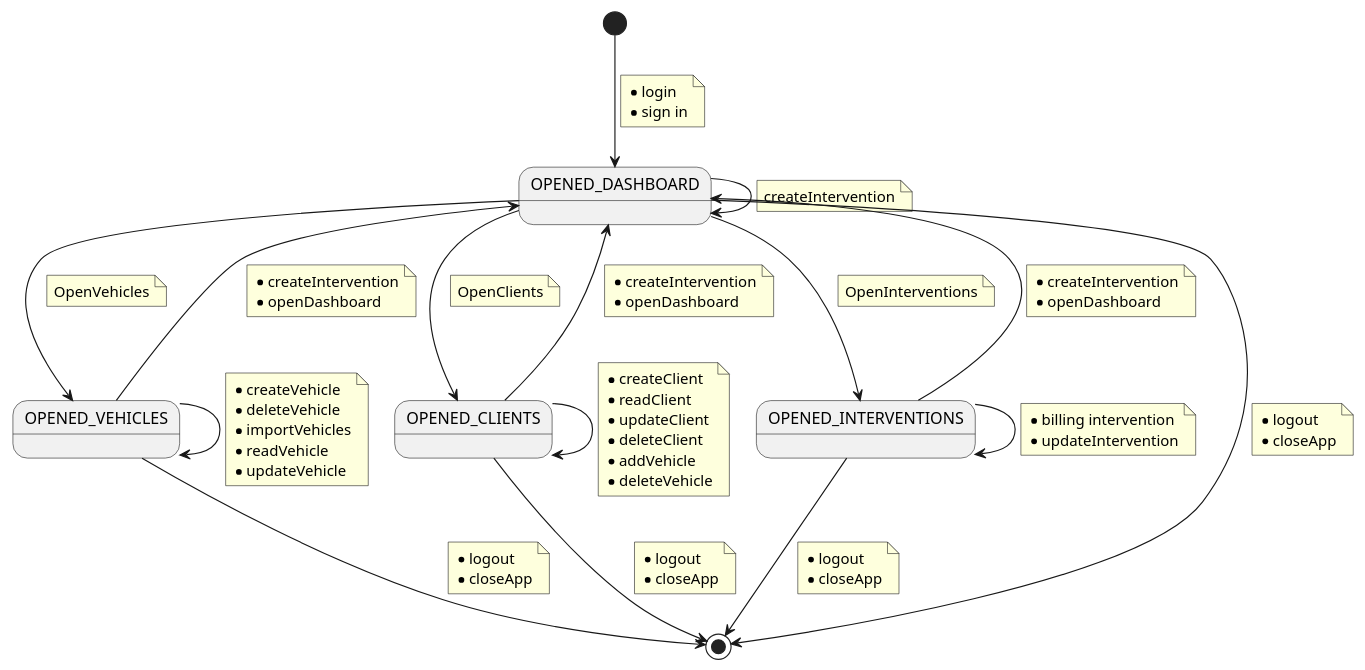
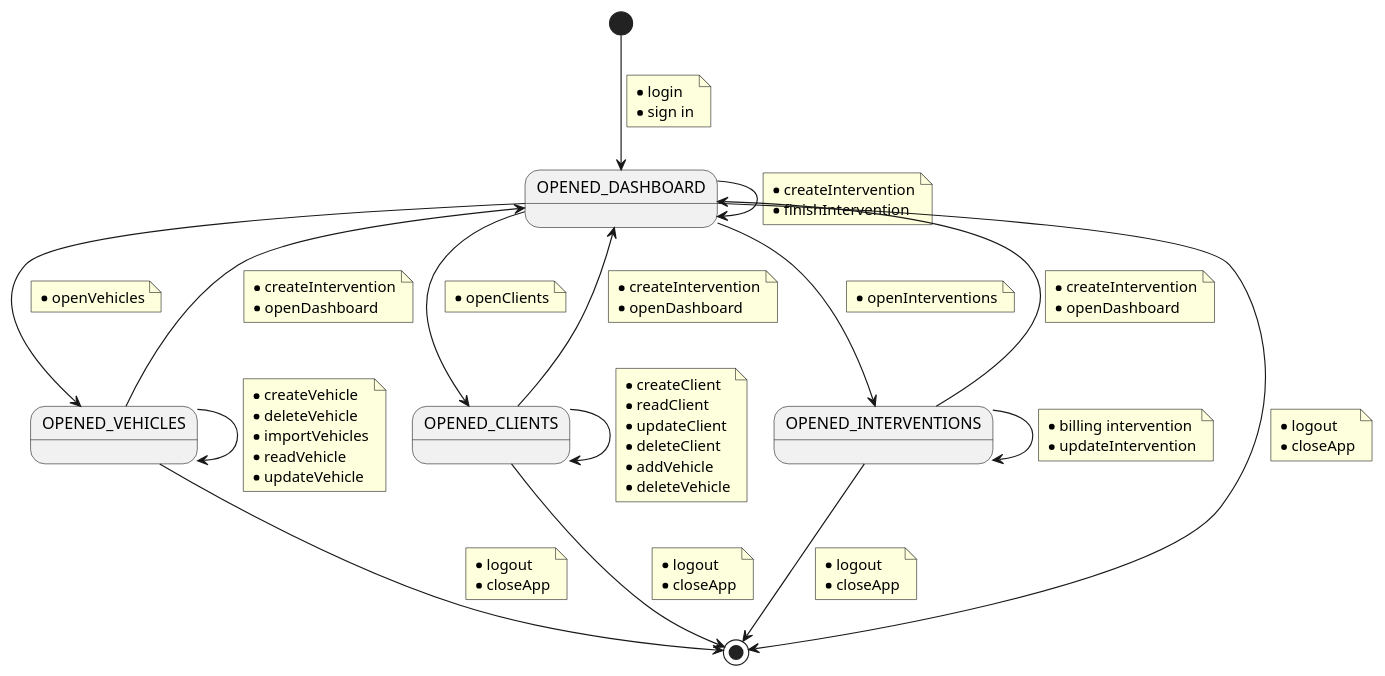
One commit to Ruskab/agrimManager changed the diagram in documentation/requiremets/contextDiagram/puml/contextDiagram.puml. Above: the diagram before and after it, drawn with PlantUML. The commit also changed 2 other files, not shown here.

Commit message:
issue #54 openDashboard use case especification

```diff
--- a/documentation/requiremets/contextDiagram/puml/contextDiagram.puml
+++ b/documentation/requiremets/contextDiagram/puml/contextDiagram.puml
@@ -1,87 +1,87 @@
 @startuml
-
 [*] --> OPENED_DASHBOARD
  note on link
     * login
     * sign in
  end note
 OPENED_DASHBOARD --> OPENED_VEHICLES
     note on link
-        OpenVehicles
+        * openVehicles
     end note
 OPENED_DASHBOARD --> OPENED_DASHBOARD
     note on link
-        createIntervention
+        * createIntervention
+        * finishIntervention
     end note
 
 OPENED_VEHICLES --> OPENED_VEHICLES
     note on link
         * createVehicle
         * deleteVehicle
         * importVehicles
         * readVehicle
         * updateVehicle
     end note
 OPENED_VEHICLES --> OPENED_DASHBOARD
     note on link
     * createIntervention
     * openDashboard
     end note
 
 
 OPENED_DASHBOARD --> OPENED_CLIENTS
     note on link
-        OpenClients
+        * openClients
     end note
 OPENED_CLIENTS --> OPENED_CLIENTS
     note on link
     * createClient
     * readClient
     * updateClient
     * deleteClient
     * addVehicle
     * deleteVehicle
     end note
 OPENED_CLIENTS --> OPENED_DASHBOARD
     note on link
     * createIntervention
     * openDashboard
     end note
 
 
 OPENED_DASHBOARD --> OPENED_INTERVENTIONS
     note on link
-        OpenInterventions
+        * openInterventions
     end note
 OPENED_INTERVENTIONS --> OPENED_INTERVENTIONS
     note on link
         * billing intervention
         * updateIntervention
     end note
 OPENED_INTERVENTIONS --> OPENED_DASHBOARD
     note on link
     * createIntervention
     * openDashboard
     end note
 
 OPENED_DASHBOARD --> [*]
     note on link
     * logout
     * closeApp
     end note
 OPENED_VEHICLES --> [*]
     note on link
     * logout
     * closeApp
     end note
 OPENED_CLIENTS --> [*]
     note on link
     * logout
     * closeApp
     end note
 OPENED_INTERVENTIONS --> [*]
     note on link
     * logout
     * closeApp
     end note
 @enduml
```
